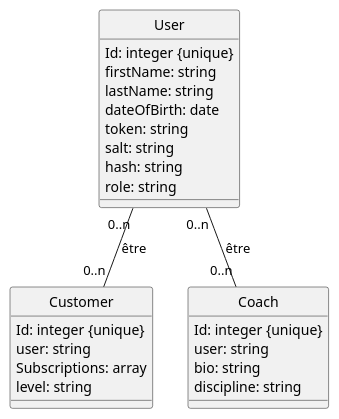
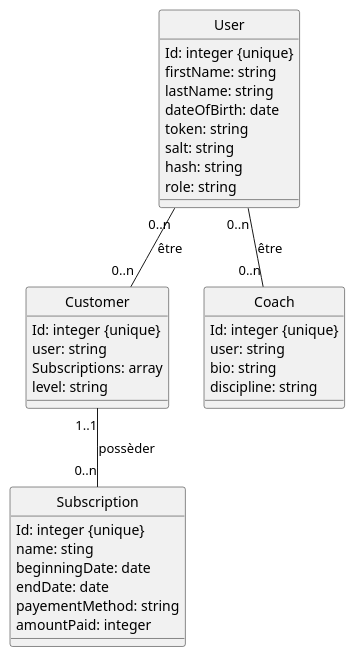
The diagram in diagramme_classe.plantuml (cyrisa02/BD-Mongo-Postman-Node-Express), drawn with PlantUML before and after one commit. The commit also changed 9 other files, not shown here.

```diff
--- a/diagramme_classe.plantuml
+++ b/diagramme_classe.plantuml
@@ -1,32 +1,42 @@
 @startuml
 hide circle
 
 class User {
     Id: integer {unique}
     firstName: string 
     lastName: string 
     dateOfBirth: date 
     token: string 
     salt: string 
     hash: string 
     role: string
 }
 
 class Customer {
     Id: integer {unique}
     user: string
     Subscriptions: array
     level: string
 }
 
 class Coach {
     Id: integer {unique}
     user: string 
     bio: string
     discipline: string
 }
 
+class Subscription {
+    Id: integer {unique}
+    name: sting
+    beginningDate: date
+    endDate: date
+    payementMethod: string
+    amountPaid: integer
+}
+
 
 User "0..n" -- "0..n" Customer : être
 User "0..n" -- "0..n" Coach : être
+Customer "1..1"--"0..n" Subscription :  possèder
 @enduml
```
